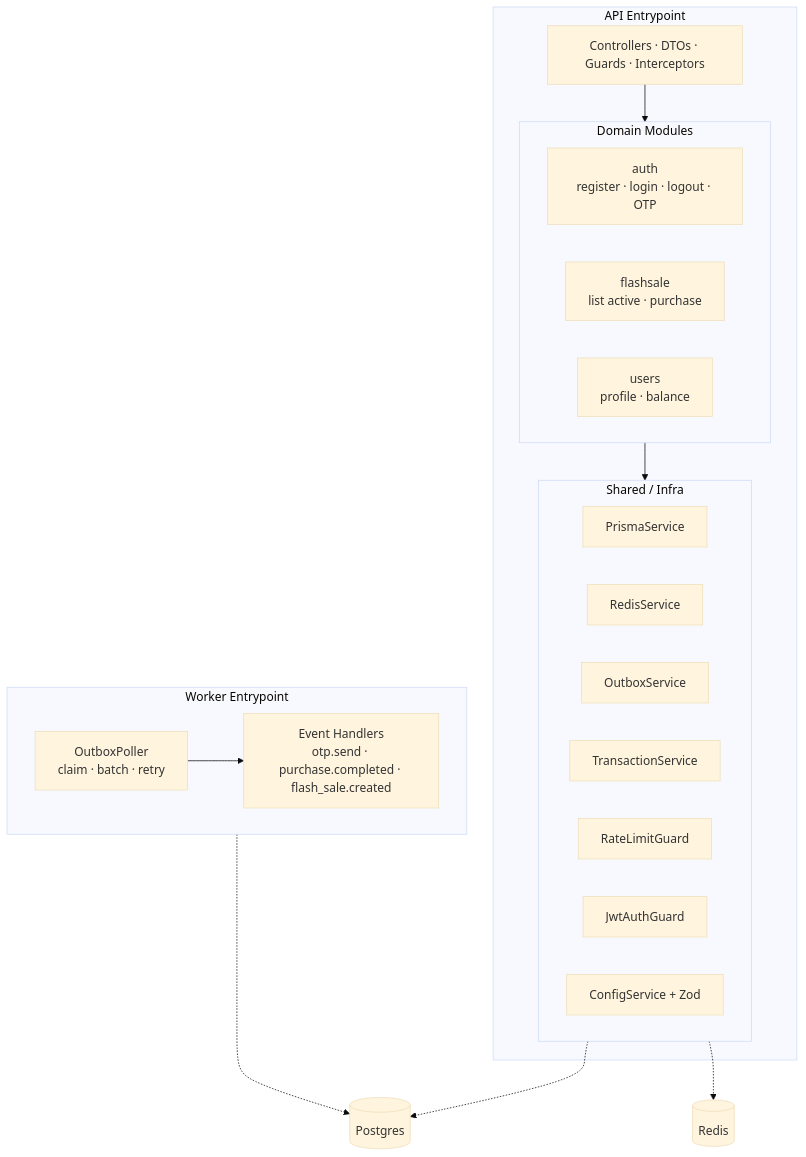
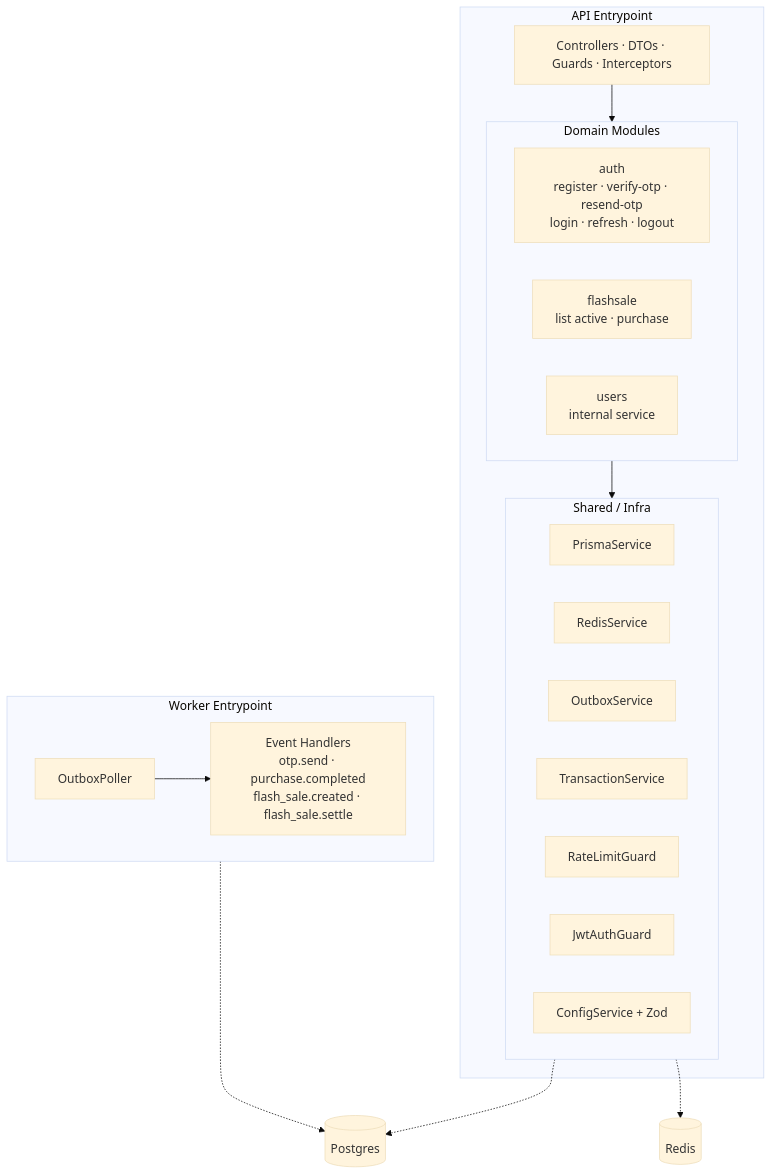
One commit to khuongnguyenBlue/flashsales-agapi changed the second of 10 diagrams in docs/DESIGN.md. Above: the diagram before and after it, drawn with Mermaid (base theme). The commit also changed other lines of this file, not shown here.

First line of the commit message:
docs(design): reflect sale settlement and fix diagram accuracy

````diff
--- a/docs/DESIGN.md
+++ b/docs/DESIGN.md
@@ -90,34 +90,34 @@
 ```mermaid
 graph TB
     subgraph API[API Entrypoint]
         HTTP[Controllers · DTOs · Guards · Interceptors]
 
         subgraph Domain[Domain Modules]
-            Auth[auth<br/>register · login · logout · OTP]
+            Auth[auth<br/>register · verify-otp · resend-otp<br/>login · refresh · logout]
             FlashSale[flashsale<br/>list active · purchase]
-            Users[users<br/>profile · balance]
+            Users[users<br/>internal service]
         end
 
         subgraph Shared[Shared / Infra]
             Prisma[PrismaService]
             Redis2[RedisService]
             Outbox[OutboxService]
             TX[TransactionService]
             RateLimit[RateLimitGuard]
             JwtGuard[JwtAuthGuard]
             Config[ConfigService + Zod]
         end
 
         HTTP --> Domain --> Shared
     end
 
     subgraph Worker[Worker Entrypoint]
-        Poller[OutboxPoller<br/>claim · batch · retry]
-        Handlers[Event Handlers<br/>otp.send · purchase.completed · flash_sale.created]
+        Poller[OutboxPoller]
+        Handlers[Event Handlers<br/>otp.send · purchase.completed<br/>flash_sale.created · flash_sale.settle]
         Poller --> Handlers
     end
 
     Shared -.-> PG[(Postgres)]
     Worker -.-> PG
     Shared -.-> R[(Redis)]
 ```
````
